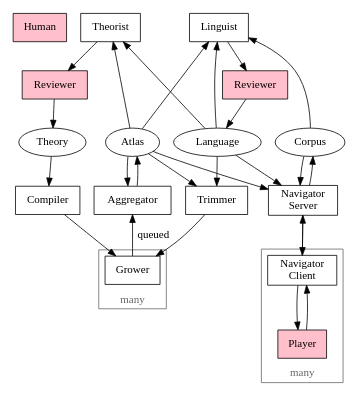
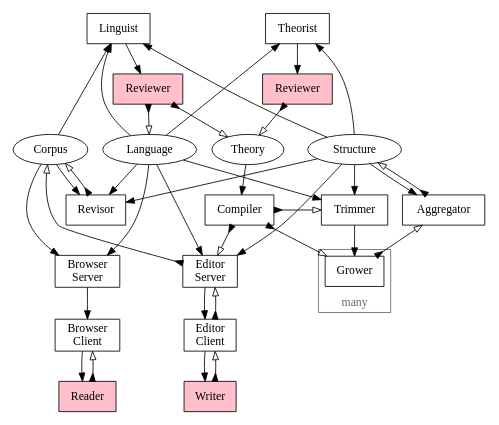
Before and after one commit to fritzo/pomagma: the diagram in doc/architecture.dot, drawn with Graphviz. The commit also changed 4 other files, not shown here.

Commit message:
Revise system architecture

```diff
--- a/doc/architecture.dot
+++ b/doc/architecture.dot
@@ -1,93 +1,142 @@
 digraph G {
 	overlap=false;
-	size="4,4";
-
+	size="5,5";
 	node [shape=box];
 
+
 	//subgraph cluster_legend {
-	//	rank = "min";
-		Human [style=filled, fillcolor=pink];
-	//	Process;
+	//	rank="max";
+	//	Human [style=filled, fillcolor=pink];
+	//	TODO;
 	//	Data [shape=ellipse];
-	//	color = "#666666";
 	//}
 
+	Theorist;
+	Linguist;
+	Revisor;
 	{
-		rank = "min";
-	 	Theorist;
-		Linguist;
+		node [style=filled, fillcolor=pink];
+		LanguageReviewer [label="Reviewer"];
+		TheoryReviewer [label="Reviewer"];
 	}
-
 	{
-		rank = "same";
-		node [label="Reviewer", style=filled, fillcolor=pink];
-		lang_reviewer;
-		theory_reviewer;
+		node [shape=ellipse];
+		Language;
+		Theory;
+		Structure;
+		Corpus;
 	}
-
-	{
-	 	rank="same";
-		Language [shape=ellipse];
-		Theory [shape=ellipse];
-		Atlas [shape=ellipse];
-		Corpus [shape=ellipse];
-	}
-
-	{
-		rank="same";
-		Trimmer;
-		Aggregator;
-		Compiler;
-		nav_server [label="Navigator\nServer"];
-	}
+	EditorServer [label="Editor\nServer"];
+	BrowserServer [label="Browser\nServer"];
 
 	subgraph cluster_grower {
 		Grower;
 
 		color = "#666666";
 		fontcolor = "#666666";
 		label = "many";
 		labelloc = "b";
 	}
 
-	subgraph cluster_navigator {
+	subgraph cluster_writer {
 		rank="max";
-		{ rank="max"; Player [style=filled, fillcolor=pink]; }
-		nav_client [label="Navigator\nClient"];
+		EditorClient [label="Editor\nClient"];
+		{
+			rank="max";
+			Writer [style=filled, fillcolor=pink];
+		}
 
 		color = "#666666";
 		fontcolor = "#666666";
 		label = "many";
 		labelloc = "b";
 	}
 
-	Atlas -> Trimmer;
+	subgraph cluster_reader {
+		rank="max";
+		BrowserClient [label="Browser\nClient"];
+		{
+			rank="max";
+			Reader [style=filled, fillcolor=pink];
+		}
+
+		color = "#666666";
+		fontcolor = "#666666";
+		label = "many";
+		labelloc = "b";
+	}
+
+
+	{ rank="min"; Theorist; Linguist; }
+	{ rank="same"; LanguageReviewer; TheoryReviewer; }
+	{ rank="same"; Language; Theory; Structure; Corpus; }
+	{ rank="same"; Trimmer; Aggregator; Compiler; }
+	{ rank="same"; EditorServer; BrowserServer; }
+	{ rank="same"; EditorClient; BrowserClient; }
+	{ rank="max"; Writer; Reader; }
+
+
+	// Workflow: Compile
+	edge [dir=forward arrowhead=normal]; // pull
+	Theory -> Compiler;
+	edge [dir=both arrowtail=inv arrowhead=empty]; // push
+	Compiler -> Grower;
+	Compiler -> Trimmer;
+	Compiler -> EditorServer;
+
+	// Workflow:  Grow
+	edge [dir=forward arrowhead=normal]; // pull
+	Structure -> Trimmer;
 	Language -> Trimmer;
 	Trimmer -> Grower;
-	Grower -> Aggregator [label="queued"];
-	Aggregator -> Atlas;
-	Atlas -> Aggregator;
+	Structure -> Aggregator;
+	edge [dir=both arrowtail=inv arrowhead=empty]; // push
+	Grower -> Aggregator;
+	Aggregator -> Structure;
 
-	Atlas -> Theorist;
+	// Workflow:  Edit
+	edge [dir=forward arrowhead=normal]; // pull
+	Structure -> EditorServer;
+	Language -> EditorServer;
+	EditorServer -> EditorClient;
+	EditorClient -> Writer;
+	edge [dir=both arrowtail=inv arrowhead=empty]; // push
+	Writer -> EditorClient;
+	EditorClient -> EditorServer;
+	EditorServer -> Corpus;
+
+	// Workflow:  Browse
+	edge [dir=forward arrowhead=normal]; // pull
+	Corpus -> BrowserServer;
+	Language -> BrowserServer;
+	BrowserServer -> BrowserClient;
+	BrowserClient -> Reader;
+	edge [dir=both arrowtail=inv arrowhead=empty]; // push
+	Reader -> BrowserClient;
+
+	// Workflow:  LearnLanguage
+	edge [dir=forward arrowhead=normal]; // pull
+	Corpus -> Linguist;
+	Structure -> Linguist;
+	Language -> Linguist;
+	Linguist -> LanguageReviewer;
+	edge [dir=both arrowtail=inv arrowhead=empty]; // push
+	LanguageReviewer -> Language;
+	LanguageReviewer -> Theory;
+
+	// Workflow:  ReviseCorpus
+	edge [dir=forward arrowhead=normal]; // pull
+	Corpus -> Revisor;
+	Language -> Revisor;
+	Structure -> Revisor;
+	edge [dir=both arrowtail=inv arrowhead=empty]; // push
+	Revisor -> Corpus;
+
+	// Workflow:  Theorize
+	edge [dir=forward arrowhead=normal]; // pull
+	Structure -> Theorist;
 	Language ->  Theorist;
-	Theorist -> theory_reviewer;
-	theory_reviewer -> Theory;
-	Theory -> Compiler -> Grower;
-
-	Atlas -> Linguist;
-	Language -> Linguist;
-	Linguist -> lang_reviewer -> Language;
-	//Linguist -> Language [label="weights"];
-	//Linguist -> lang_reviewer -> Language [label="rules"];
-
-	nav_server [label="Navigator\nServer"];
-	nav_server -> nav_client;
-	nav_client -> nav_server;
-	Atlas -> nav_server;
-	Language -> nav_server;
-	Corpus -> nav_server;
-	nav_server -> Corpus;
-	Corpus -> Linguist;
-	nav_client -> Player;
-	Player -> nav_client;
+	Theorist -> TheoryReviewer;
+	edge [dir=both arrowtail=inv arrowhead=empty]; // push
+	TheoryReviewer -> Theory;
 }
```
